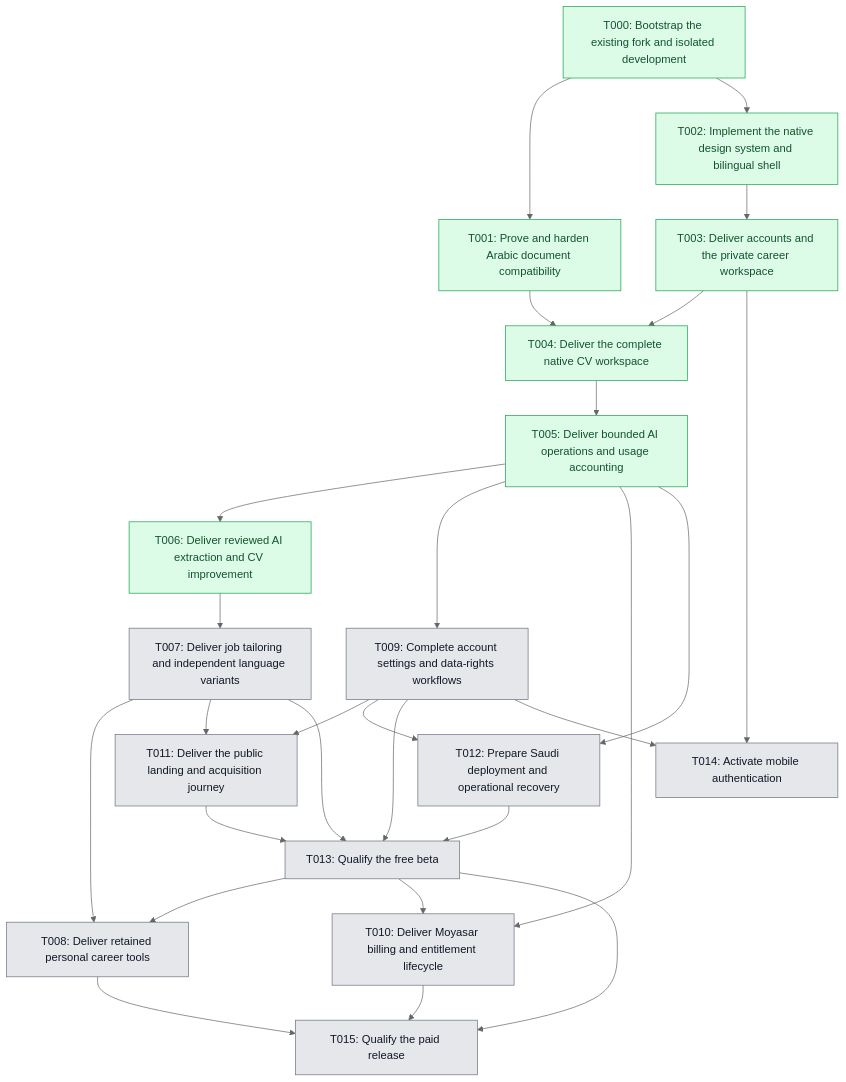
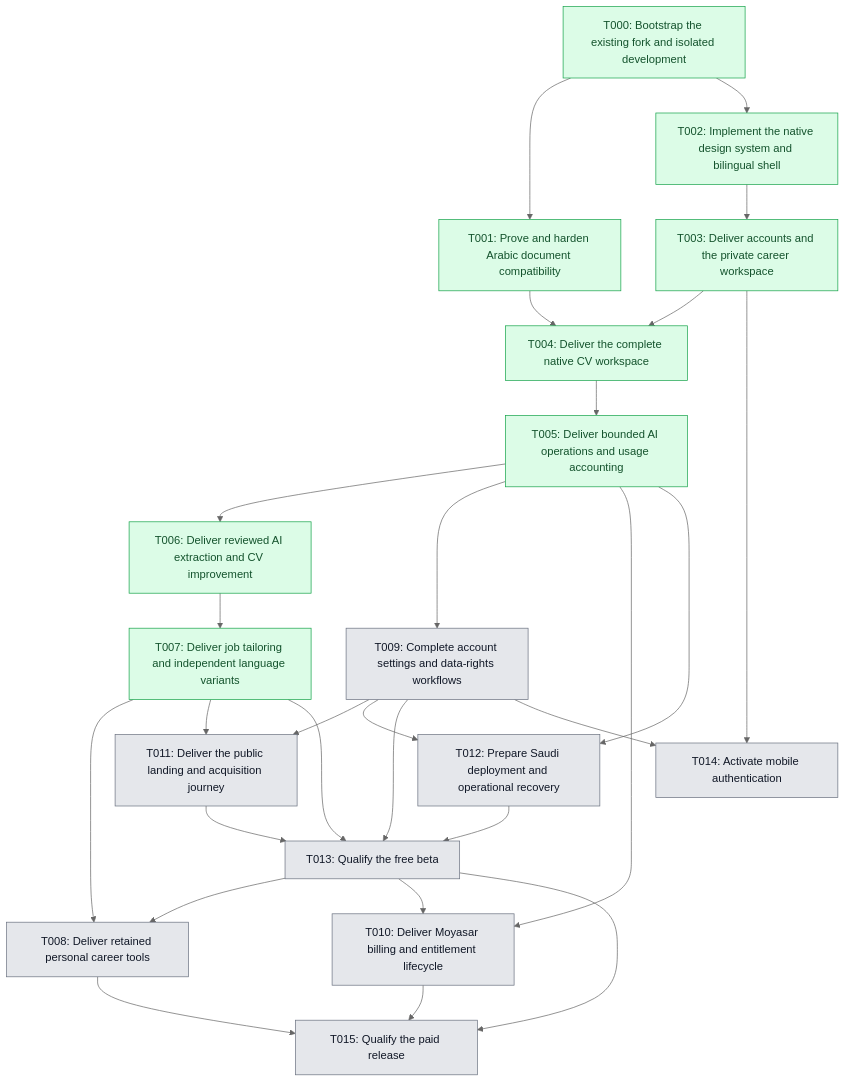
Before and after one commit to 0-sayed/master-cv: the diagram in Planning/roadmap/dependencies.mmd, drawn with Mermaid (neutral theme). The commit also changed 6 other files, not shown here.

First line of the commit message:
docs(roadmap): record T007 evidence, tick T007 and tick tasks when first shipped

```diff
--- a/Planning/roadmap/dependencies.mmd
+++ b/Planning/roadmap/dependencies.mmd
@@ -1,49 +1,49 @@
 flowchart TD
     T000["T000: Bootstrap the existing fork and isolated development"]
     T001["T001: Prove and harden Arabic document compatibility"]
     T002["T002: Implement the native design system and bilingual shell"]
     T003["T003: Deliver accounts and the private career workspace"]
     T004["T004: Deliver the complete native CV workspace"]
     T005["T005: Deliver bounded AI operations and usage accounting"]
     T006["T006: Deliver reviewed AI extraction and CV improvement"]
     T007["T007: Deliver job tailoring and independent language variants"]
     T008["T008: Deliver retained personal career tools"]
     T009["T009: Complete account settings and data-rights workflows"]
     T010["T010: Deliver Moyasar billing and entitlement lifecycle"]
     T011["T011: Deliver the public landing and acquisition journey"]
     T012["T012: Prepare Saudi deployment and operational recovery"]
     T013["T013: Qualify the free beta"]
     T014["T014: Activate mobile authentication"]
     T015["T015: Qualify the paid release"]
 
     T000 --> T001
     T000 --> T002
     T002 --> T003
     T001 --> T004
     T003 --> T004
     T004 --> T005
     T005 --> T006
     T006 --> T007
     T007 --> T008
     T013 --> T008
     T005 --> T009
     T005 --> T010
     T013 --> T010
     T007 --> T011
     T009 --> T011
     T005 --> T012
     T009 --> T012
     T007 --> T013
     T009 --> T013
     T011 --> T013
     T012 --> T013
     T003 --> T014
     T009 --> T014
     T008 --> T015
     T010 --> T015
     T013 --> T015
 
     classDef pending fill:#e5e7eb,stroke:#6b7280,color:#111827;
     classDef done fill:#dcfce7,stroke:#16a34a,color:#14532d;
-    class T000,T001,T002,T003,T004,T005,T006 done;
-    class T007,T008,T009,T010,T011,T012,T013,T014,T015 pending;
+    class T000,T001,T002,T003,T004,T005,T006,T007 done;
+    class T008,T009,T010,T011,T012,T013,T014,T015 pending;
```
